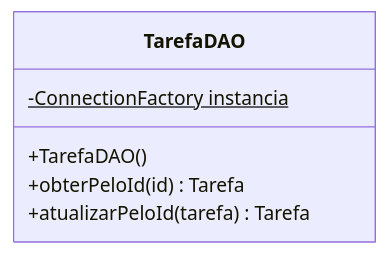
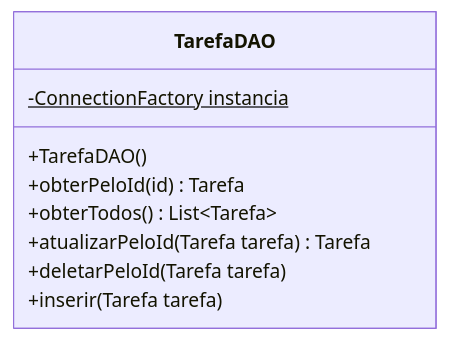
One commit to leandersonandre/java-jdbc changed the second of 2 diagrams in README.md. Above: the diagram before and after it, drawn with Mermaid.

````diff
--- a/README.md
+++ b/README.md
@@ -70,9 +70,12 @@
 ```mermaid
 classDiagram
 class TarefaDAO{
     -ConnectionFactory instancia$
     +TarefaDAO()
     +obterPeloId(id) Tarefa
-    +atualizarPeloId(tarefa) Tarefa
+    +obterTodos() List~Tarefa~
+    +atualizarPeloId(Tarefa tarefa) Tarefa
+    +deletarPeloId(Tarefa tarefa)
+    +inserir(Tarefa tarefa)
 }
 ```
````
